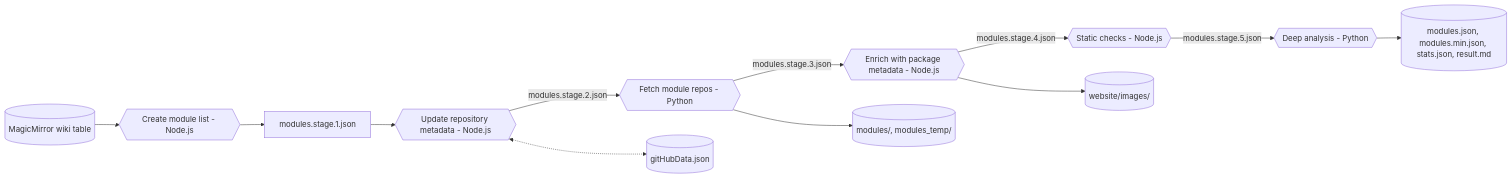
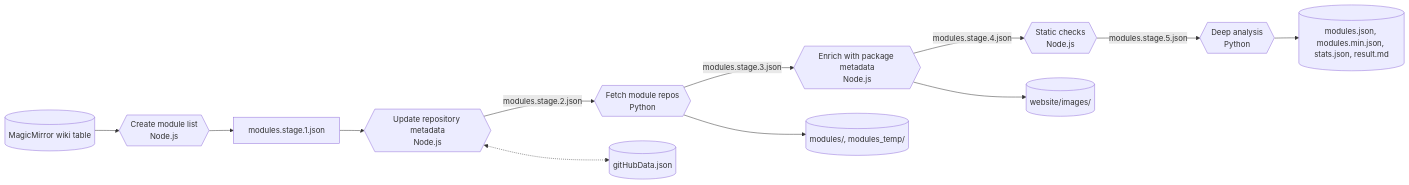
Before and after one commit to KristjanESPERANTO/MagicMirror-3rd-Party-Modules: the second of 3 diagrams in docs/architecture.md, drawn with Mermaid. The commit also changed other lines of this file, not shown here.

Commit message:
fix(docs): improve readability of architecture diagrams with line breaks

````diff
--- a/docs/architecture.md
+++ b/docs/architecture.md
@@ -52,14 +52,14 @@
 ```mermaid
 flowchart LR
-  wiki[("MagicMirror wiki table")] --> createLegacy{{"Create module list - Node.js"}}
+  wiki[("MagicMirror wiki table")] --> createLegacy{{"Create module list<br>Node.js"}}
   createLegacy --> stage1Legacy["modules.stage.1.json"]
-  stage1Legacy --> updateLegacy{{"Update repository metadata - Node.js"}}
-  updateLegacy -- "modules.stage.2.json" --> getLegacy{{"Fetch module repos - Python"}}
+  stage1Legacy --> updateLegacy{{"Update repository metadata<br>Node.js"}}
+  updateLegacy -- "modules.stage.2.json" --> getLegacy{{"Fetch module repos<br>Python"}}
   updateLegacy <-.-> cacheLegacy[("gitHubData.json")]
-  getLegacy -- "modules.stage.3.json" --> expandLegacy{{"Enrich with package metadata - Node.js"}}
+  getLegacy -- "modules.stage.3.json" --> expandLegacy{{"Enrich with package metadata<br>Node.js"}}
   getLegacy --> clonesLegacy[("modules/, modules_temp/")]
-  expandLegacy -- "modules.stage.4.json" --> checkjsLegacy{{"Static checks - Node.js"}}
+  expandLegacy -- "modules.stage.4.json" --> checkjsLegacy{{"Static checks<br>Node.js"}}
   expandLegacy --> imagesLegacy[("website/images/")]
-  checkjsLegacy -- "modules.stage.5.json" --> checkLegacy{{"Deep analysis - Python"}}
+  checkjsLegacy -- "modules.stage.5.json" --> checkLegacy{{"Deep analysis<br>Python"}}
   checkLegacy --> outputsLegacy[("modules.json, modules.min.json, stats.json, result.md")]
 ```
````
